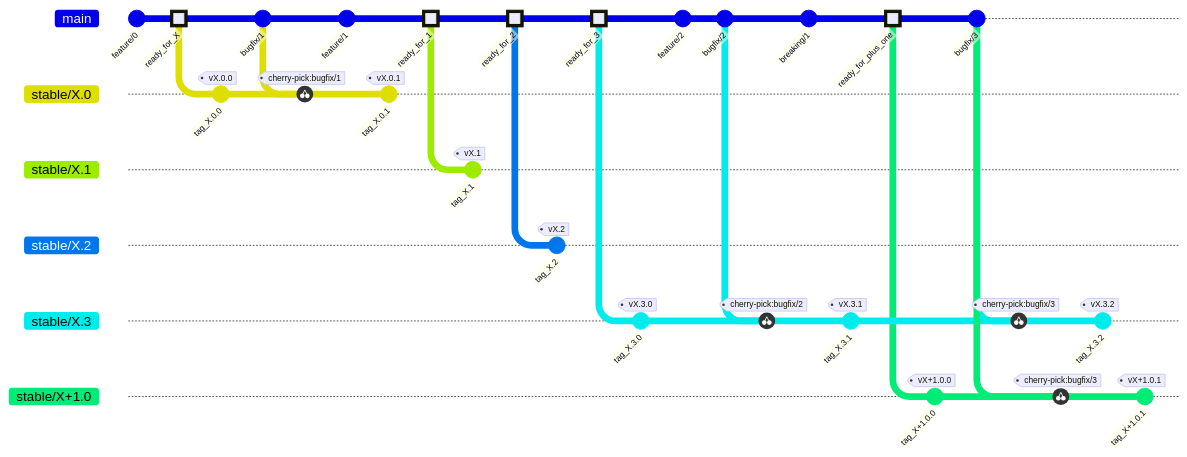
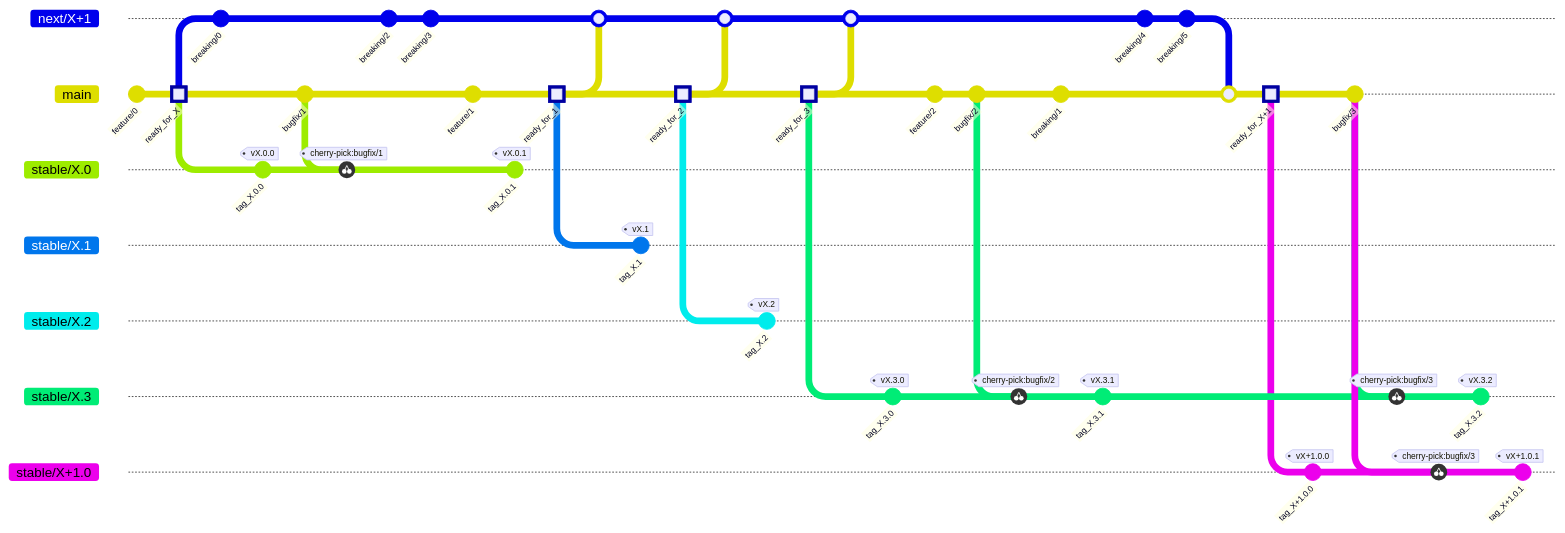
One commit to Qiskit/RFCs changed the fourth of 4 diagrams in ####-release_cycle.md. Above: the diagram before and after it, drawn with Mermaid. The commit also changed other lines of this file, not shown here.

Commit message:
branching

````diff
--- a/####-release_cycle.md
+++ b/####-release_cycle.md
@@ -145,28 +142,55 @@
 ```mermaid
+%%{init: {'theme': 'default', 'gitGraph': {'mainBranchOrder': 1}} }%%
 gitGraph
     commit id:"feature/0"
     commit id: "ready_for_X" type:HIGHLIGHT
-    branch stable/X.0
+    branch "next/X+1" order: 0
+    
+    commit id:"breaking/0"
+    checkout main
+
+    branch stable/X.0 order: 2
     commit id: "tag_X.0.0" tag: "vX.0.0"
     checkout main
     commit id:"bugfix/1"
     checkout stable/X.0
     cherry-pick id:"bugfix/1"
+    
+    checkout "next/X+1"
+    commit id:"breaking/2"
+    commit id:"breaking/3"
+
     checkout main
     commit id:"feature/1"
     checkout stable/X.0
     commit id: "tag_X.0.1" tag: "vX.0.1"
+
     checkout main
     commit id: "ready_for_1" type:HIGHLIGHT
-    branch "stable/X.1"
+
+    checkout "next/X+1"
+    merge "main"
+    checkout main
+    
+    branch "stable/X.1" order: 2
     commit id: "tag_X.1" tag: "vX.1"
     checkout main
     commit id: "ready_for_2" type:HIGHLIGHT
-    branch "stable/X.2"
+
+    checkout "next/X+1"
+    merge "main"
+    checkout main
+
+    branch "stable/X.2" order: 2
     commit id: "tag_X.2" tag: "vX.2"
     checkout main
     commit id: "ready_for_3" type:HIGHLIGHT
-    branch "stable/X.3"
+    
+    checkout "next/X+1"
+    merge "main"
+    checkout main
+    
+    branch "stable/X.3" order: 2
     commit id: "tag_X.3.0" tag: "vX.3.0"
     checkout main
     commit id:"feature/2"
@@ -179,9 +203,15 @@
     checkout stable/X.3
     commit id: "tag_X.3.1" tag: "vX.3.1"
 
+    checkout "next/X+1"
+    commit id:"breaking/4"
+    commit id:"breaking/5"
+
     checkout main
-    commit id: "ready_for_plus_one" type:HIGHLIGHT
-    branch "stable/X+1.0"
+    merge "next/X+1"
+
+    commit id: "ready_for_X+1" type:HIGHLIGHT
+    branch "stable/X+1.0" order: 2
     commit id: "tag_X+1.0.0" tag: "vX+1.0.0"
 
     checkout main
````
